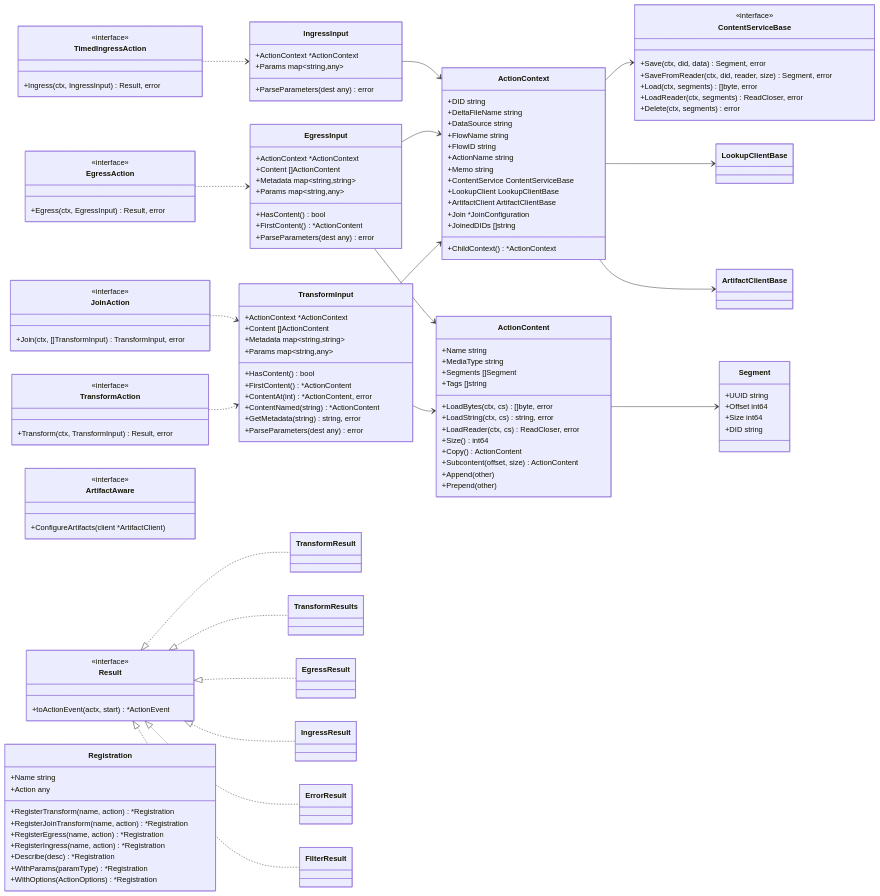
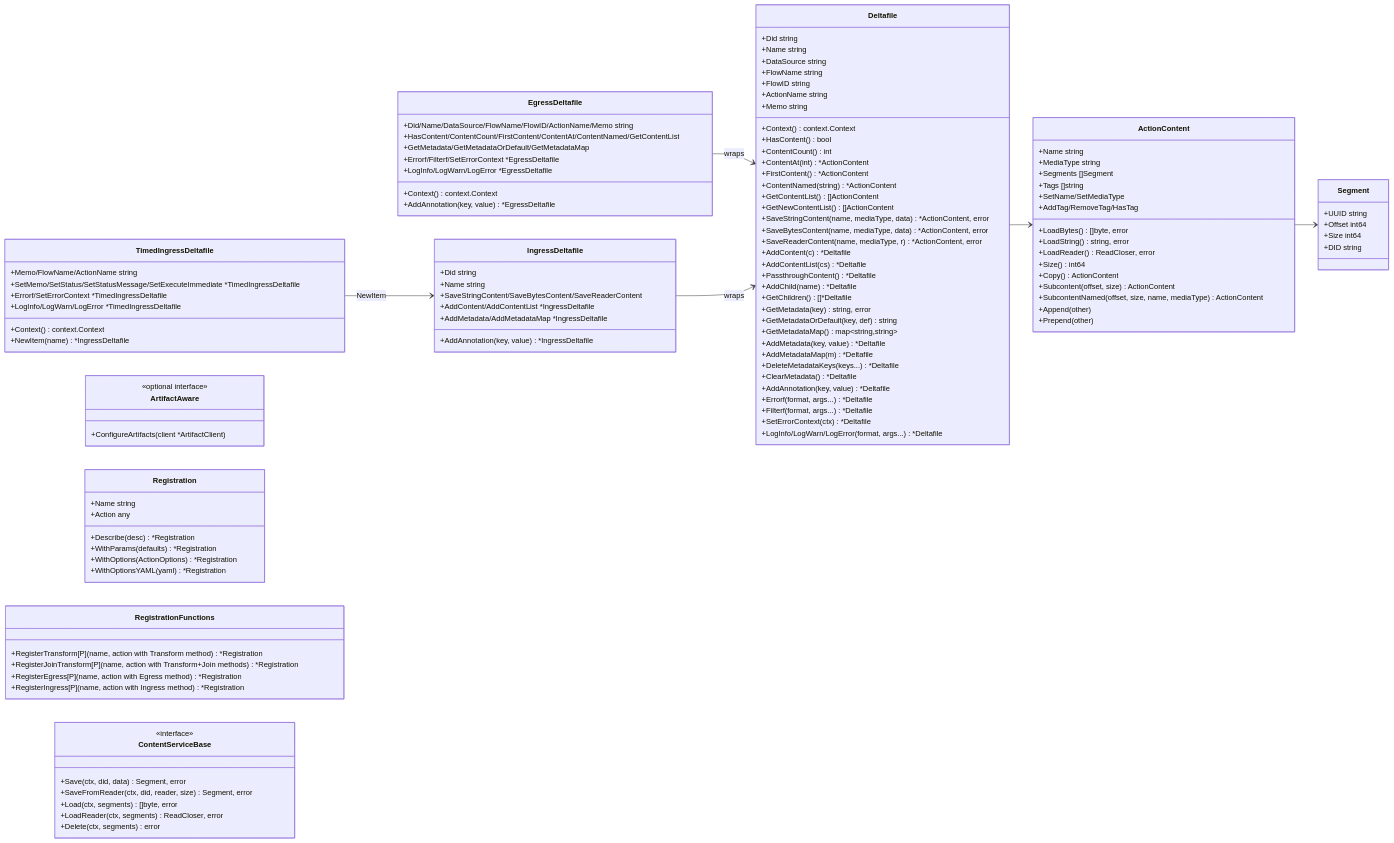
The first of 3 diagrams in deltafi-go-action-kit/DESIGN.md (deltafi/deltafi), drawn with Mermaid before and after one commit. The commit also changed other lines of this file and 103 other files, not shown here.

```diff
--- a/deltafi-go-action-kit/DESIGN.md
+++ b/deltafi-go-action-kit/DESIGN.md
@@ -42,68 +52,77 @@
 classDiagram
     direction LR
 
-    class TransformAction {
-        <<interface>>
-        +Transform(ctx, TransformInput) Result, error
-    }
-    class EgressAction {
-        <<interface>>
-        +Egress(ctx, EgressInput) Result, error
-    }
-    class TimedIngressAction {
-        <<interface>>
-        +Ingress(ctx, IngressInput) Result, error
-    }
-    class JoinAction {
-        <<interface>>
-        +Join(ctx, []TransformInput) TransformInput, error
-    }
-    class ArtifactAware {
-        <<interface>>
-        +ConfigureArtifacts(client *ArtifactClient)
-    }
-
-    class TransformInput {
-        +ActionContext *ActionContext
-        +Content []ActionContent
-        +Metadata map~string,string~
-        +Params map~string,any~
-        +HasContent() bool
-        +FirstContent() *ActionContent
-        +ContentAt(int) *ActionContent, error
-        +ContentNamed(string) *ActionContent
-        +GetMetadata(string) string, error
-        +ParseParameters(dest any) error
-    }
-    class EgressInput {
-        +ActionContext *ActionContext
-        +Content []ActionContent
-        +Metadata map~string,string~
-        +Params map~string,any~
-        +HasContent() bool
-        +FirstContent() *ActionContent
-        +ParseParameters(dest any) error
-    }
-    class IngressInput {
-        +ActionContext *ActionContext
-        +Params map~string,any~
-        +ParseParameters(dest any) error
-    }
-
-    class ActionContext {
-        +DID string
-        +DeltaFileName string
+    class Deltafile {
+        +Did string
+        +Name string
         +DataSource string
         +FlowName string
         +FlowID string
         +ActionName string
         +Memo string
-        +ContentService ContentServiceBase
-        +LookupClient LookupClientBase
-        +ArtifactClient ArtifactClientBase
-        +Join *JoinConfiguration
-        +JoinedDIDs []string
-        +ChildContext() *ActionContext
+        +Context() context.Context
+        +HasContent() bool
+        +ContentCount() int
+        +ContentAt(int) *ActionContent
+        +FirstContent() *ActionContent
+        +ContentNamed(string) *ActionContent
+        +GetContentList() []ActionContent
+        +GetNewContentList() []ActionContent
+        +SaveStringContent(name, mediaType, data) *ActionContent, error
+        +SaveBytesContent(name, mediaType, data) *ActionContent, error
+        +SaveReaderContent(name, mediaType, r) *ActionContent, error
+        +AddContent(c) *Deltafile
+        +AddContentList(cs) *Deltafile
+        +PassthroughContent() *Deltafile
+        +AddChild(name) *Deltafile
+        +GetChildren() []*Deltafile
+        +GetMetadata(key) string, error
+        +GetMetadataOrDefault(key, def) string
+        +GetMetadataMap() map~string,string~
+        +AddMetadata(key, value) *Deltafile
+        +AddMetadataMap(m) *Deltafile
+        +DeleteMetadataKeys(keys...) *Deltafile
+        +ClearMetadata() *Deltafile
+        +AddAnnotation(key, value) *Deltafile
+        +Errorf(format, args...) *Deltafile
+        +Filterf(format, args...) *Deltafile
+        +SetErrorContext(ctx) *Deltafile
+        +LogInfo/LogWarn/LogError(format, args...) *Deltafile
+    }
+
+    class EgressDeltafile {
+        +Did/Name/DataSource/FlowName/FlowID/ActionName/Memo string
+        +Context() context.Context
+        +HasContent/ContentCount/FirstContent/ContentAt/ContentNamed/GetContentList
+        +GetMetadata/GetMetadataOrDefault/GetMetadataMap
+        +AddAnnotation(key, value) *EgressDeltafile
+        +Errorf/Filterf/SetErrorContext *EgressDeltafile
+        +LogInfo/LogWarn/LogError *EgressDeltafile
+        %% No Save*, no AddContent, no AddChild, no AddMetadata*
+    }
+
+    class TimedIngressDeltafile {
+        +Memo/FlowName/ActionName string
+        +Context() context.Context
+        +NewItem(name) *IngressDeltafile
+        +SetMemo/SetStatus/SetStatusMessage/SetExecuteImmediate *TimedIngressDeltafile
+        +Errorf/SetErrorContext *TimedIngressDeltafile
+        +LogInfo/LogWarn/LogError *TimedIngressDeltafile
+    }
+
+    class IngressDeltafile {
+        +Did string
+        +Name string
+        +SaveStringContent/SaveBytesContent/SaveReaderContent
+        +AddContent/AddContentList *IngressDeltafile
+        +AddMetadata/AddMetadataMap *IngressDeltafile
+        +AddAnnotation(key, value) *IngressDeltafile
+        %% Write-only; no reads, no error/filter, no logging
+    }
+
+    class ArtifactAware {
+        <<optional interface>>
+        +ConfigureArtifacts(client *ArtifactClient)
     }
 
     class ActionContent {
@@ -111,14 +130,17 @@
         +MediaType string
         +Segments []Segment
         +Tags []string
-        +LoadBytes(ctx, cs) []byte, error
-        +LoadString(ctx, cs) string, error
-        +LoadReader(ctx, cs) ReadCloser, error
+        +LoadBytes() []byte, error
+        +LoadString() string, error
+        +LoadReader() ReadCloser, error
         +Size() int64
         +Copy() ActionContent
         +Subcontent(offset, size) ActionContent
+        +SubcontentNamed(offset, size, name, mediaType) ActionContent
         +Append(other)
         +Prepend(other)
+        +SetName/SetMediaType
+        +AddTag/RemoveTag/HasTag
     }
     class Segment {
         +UUID string
@@ -127,49 +149,26 @@
         +DID string
     }
 
-    class Result {
-        <<interface>>
-        +toActionEvent(actx, start) *ActionEvent
-    }
-    class TransformResult { }
-    class TransformResults { }
-    class EgressResult { }
-    class IngressResult { }
-    class ErrorResult { }
-    class FilterResult { }
-
-    TransformAction ..> TransformInput
-    EgressAction ..> EgressInput
-    TimedIngressAction ..> IngressInput
-    JoinAction ..> TransformInput
-
-    TransformInput --> ActionContext
-    EgressInput --> ActionContext
-    IngressInput --> ActionContext
-    TransformInput --> ActionContent
-    EgressInput --> ActionContent
+    Deltafile --> ActionContent
+    EgressDeltafile --> Deltafile : wraps
+    TimedIngressDeltafile --> IngressDeltafile : NewItem
+    IngressDeltafile --> Deltafile : wraps
     ActionContent --> Segment
-    ActionContext --> ContentServiceBase
-    ActionContext --> LookupClientBase
-    ActionContext --> ArtifactClientBase
-
-    Result <|.. TransformResult
-    Result <|.. TransformResults
-    Result <|.. EgressResult
-    Result <|.. IngressResult
-    Result <|.. ErrorResult
-    Result <|.. FilterResult
 
     class Registration {
         +Name string
         +Action any
-        +RegisterTransform(name, action) *Registration
-        +RegisterJoinTransform(name, action) *Registration
-        +RegisterEgress(name, action) *Registration
-        +RegisterIngress(name, action) *Registration
         +Describe(desc) *Registration
-        +WithParams(paramType) *Registration
+        +WithParams(defaults) *Registration
         +WithOptions(ActionOptions) *Registration
+        +WithOptionsYAML(yaml) *Registration
+    }
+
+    class RegistrationFunctions {
+        +RegisterTransform[P](name, action with Transform method) *Registration
+        +RegisterJoinTransform[P](name, action with Transform+Join methods) *Registration
+        +RegisterEgress[P](name, action with Egress method) *Registration
+        +RegisterIngress[P](name, action with Ingress method) *Registration
     }
 
     class ContentServiceBase {
```
